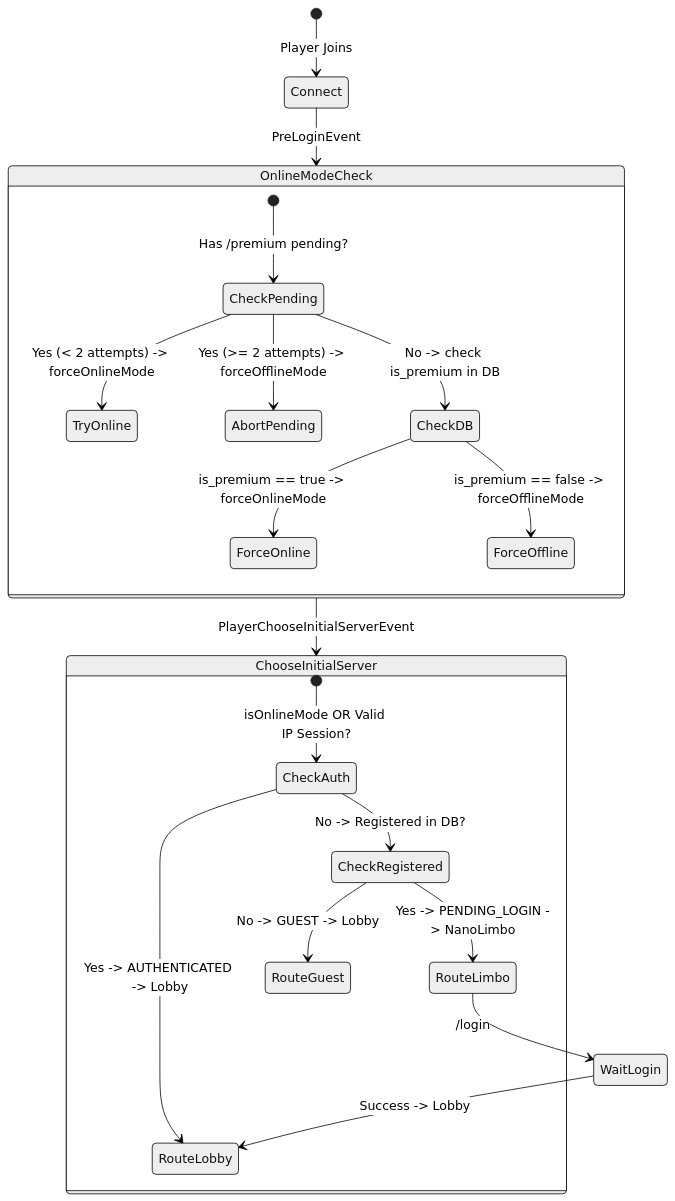
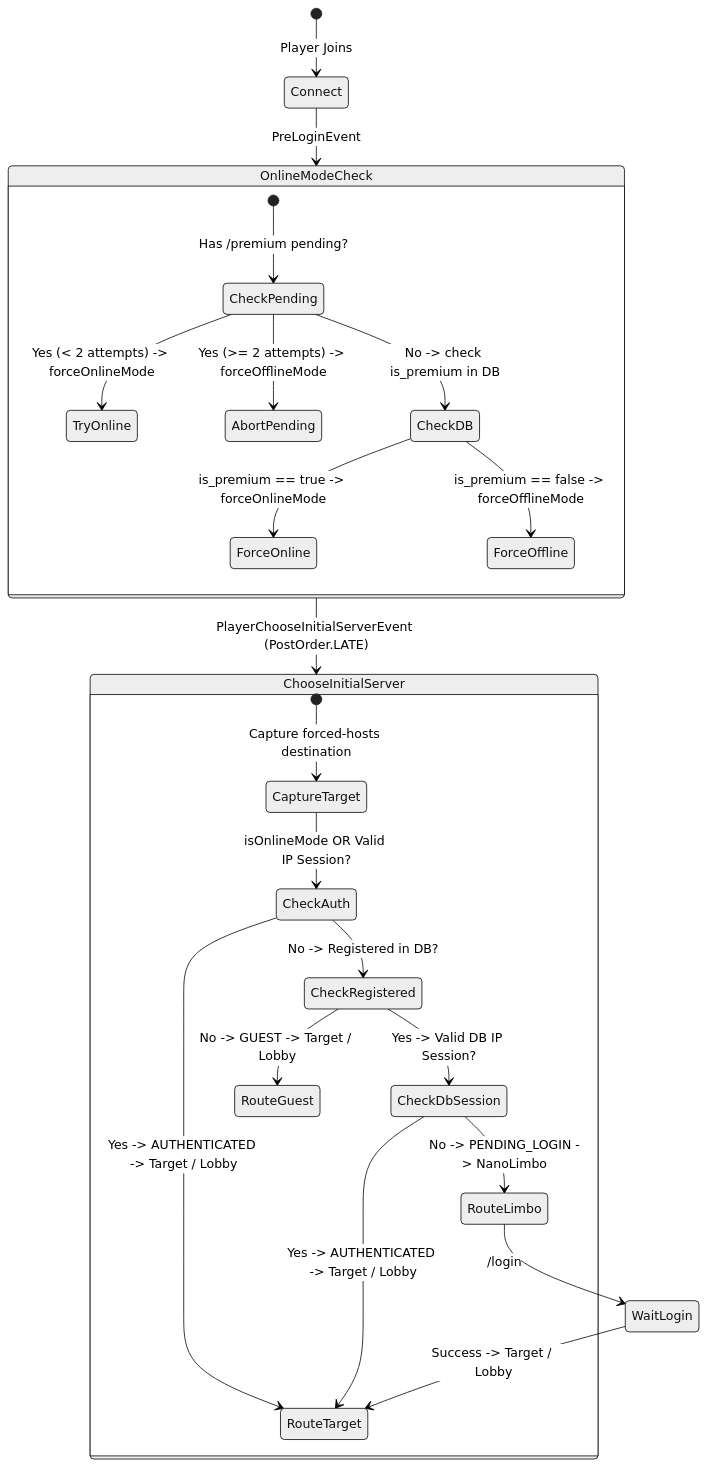
One commit to DanyaNADAMU/nadamu-auth changed the second of 2 diagrams in docs/architecture/overview.md. Above: the diagram before and after it, drawn with Mermaid (neutral theme). The commit also changed other lines of this file and 5 other files, not shown here.

````diff
--- a/docs/architecture/overview.md
+++ b/docs/architecture/overview.md
@@ -28,27 +31,30 @@
 ```mermaid
 stateDiagram-v2
     [*] --> Connect: Player Joins
     Connect --> OnlineModeCheck: PreLoginEvent
 
     state OnlineModeCheck {
         [*] --> CheckPending: Has /premium pending?
         CheckPending --> TryOnline: Yes (< 2 attempts) -> forceOnlineMode
         CheckPending --> AbortPending: Yes (>= 2 attempts) -> forceOfflineMode
         CheckPending --> CheckDB: No -> check is_premium in DB
         CheckDB --> ForceOnline: is_premium == true -> forceOnlineMode
         CheckDB --> ForceOffline: is_premium == false -> forceOfflineMode
     }
 
-    OnlineModeCheck --> ChooseInitialServer: PlayerChooseInitialServerEvent
+    OnlineModeCheck --> ChooseInitialServer: PlayerChooseInitialServerEvent (PostOrder.LATE)
 
     state ChooseInitialServer {
-        [*] --> CheckAuth: isOnlineMode OR Valid IP Session?
-        CheckAuth --> RouteLobby: Yes -> AUTHENTICATED -> Lobby
+        [*] --> CaptureTarget: Capture forced-hosts destination
+        CaptureTarget --> CheckAuth: isOnlineMode OR Valid IP Session?
+        CheckAuth --> RouteTarget: Yes -> AUTHENTICATED -> Target / Lobby
         CheckAuth --> CheckRegistered: No -> Registered in DB?
-        CheckRegistered --> RouteLimbo: Yes -> PENDING_LOGIN -> NanoLimbo
-        CheckRegistered --> RouteGuest: No -> GUEST -> Lobby
+        CheckRegistered --> CheckDbSession: Yes -> Valid DB IP Session?
+        CheckDbSession --> RouteTarget: Yes -> AUTHENTICATED -> Target / Lobby
+        CheckDbSession --> RouteLimbo: No -> PENDING_LOGIN -> NanoLimbo
+        CheckRegistered --> RouteGuest: No -> GUEST -> Target / Lobby
     }
 
     RouteLimbo --> WaitLogin: /login <password>
-    WaitLogin --> RouteLobby: Success -> Lobby
+    WaitLogin --> RouteTarget: Success -> Target / Lobby
 ```
````
